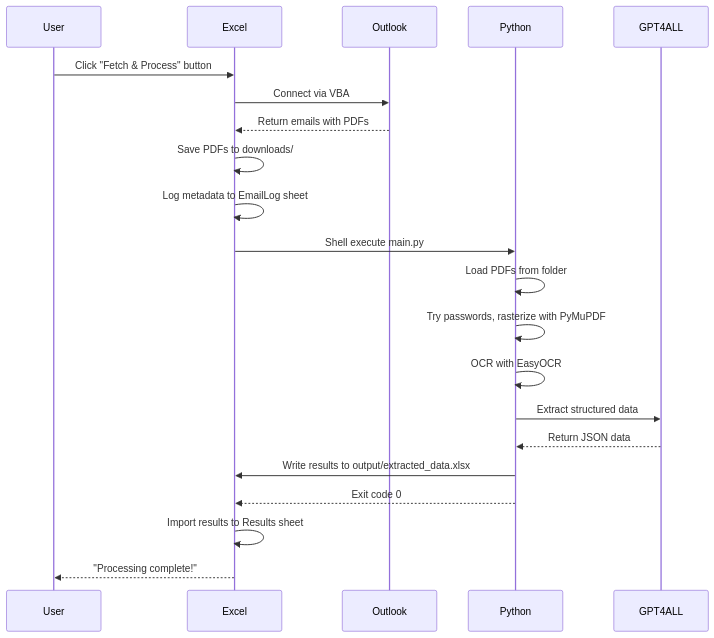
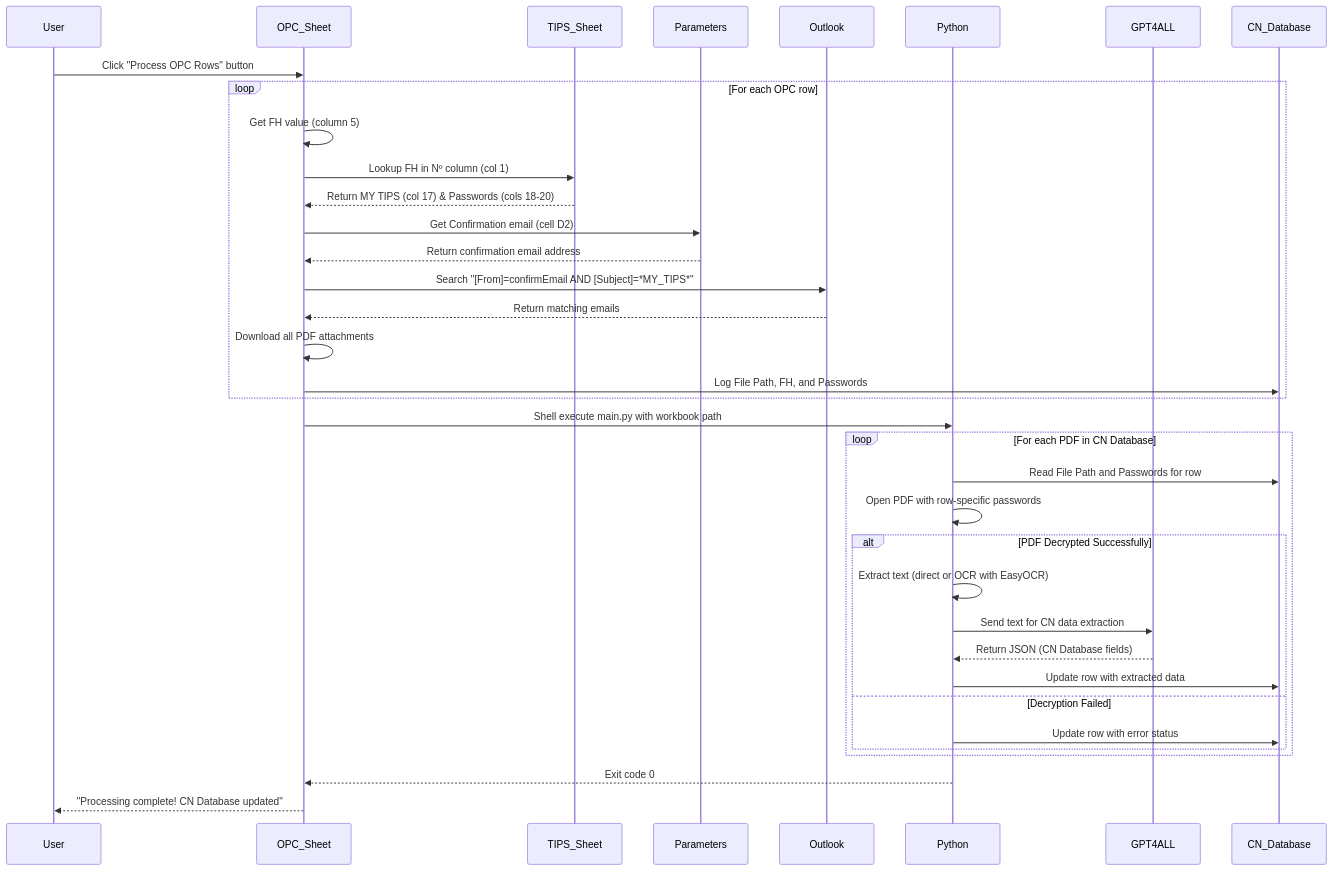
One commit to robertoriosr1998/project-robot-2 changed the second of 2 diagrams in PDF_Email_Extraction_Plan.md. Above: the diagram before and after it, drawn with Mermaid. The commit also changed other lines of this file and 15 other files, not shown here.

````diff
--- a/PDF_Email_Extraction_Plan.md
+++ b/PDF_Email_Extraction_Plan.md
@@ -521,24 +795,41 @@
 ```mermaid
 sequenceDiagram
     participant User
-    participant Excel
+    participant OPC_Sheet
+    participant TIPS_Sheet
+    participant Parameters
     participant Outlook
     participant Python
     participant GPT4ALL
+    participant CN_Database
     
-    User->>Excel: Click "Fetch & Process" button
-    Excel->>Outlook: Connect via VBA
-    Outlook-->>Excel: Return emails with PDFs
-    Excel->>Excel: Save PDFs to downloads/
-    Excel->>Excel: Log metadata to EmailLog sheet
-    Excel->>Python: Shell execute main.py
-    Python->>Python: Load PDFs from folder
-    Python->>Python: Try passwords, rasterize with PyMuPDF
-    Python->>Python: OCR with EasyOCR
-    Python->>GPT4ALL: Extract structured data
-    GPT4ALL-->>Python: Return JSON data
-    Python->>Excel: Write results to output/extracted_data.xlsx
-    Python-->>Excel: Exit code 0
-    Excel->>Excel: Import results to Results sheet
-    Excel-->>User: "Processing complete!"
+    User->>OPC_Sheet: Click "Process OPC Rows" button
+    loop For each OPC row
+        OPC_Sheet->>OPC_Sheet: Get FH value (column 5)
+        OPC_Sheet->>TIPS_Sheet: Lookup FH in Nº column (col 1)
+        TIPS_Sheet-->>OPC_Sheet: Return MY TIPS (col 17) & Passwords (cols 18-20)
+        OPC_Sheet->>Parameters: Get Confirmation email (cell D2)
+        Parameters-->>OPC_Sheet: Return confirmation email address
+        OPC_Sheet->>Outlook: Search "[From]=confirmEmail AND [Subject]=*MY_TIPS*"
+        Outlook-->>OPC_Sheet: Return matching emails
+        OPC_Sheet->>OPC_Sheet: Download all PDF attachments
+        OPC_Sheet->>CN_Database: Log File Path, FH, and Passwords
+    end
+    OPC_Sheet->>Python: Shell execute main.py with workbook path
+    
+    loop For each PDF in CN Database
+        Python->>CN_Database: Read File Path and Passwords for row
+        Python->>Python: Open PDF with row-specific passwords
+        alt PDF Decrypted Successfully
+            Python->>Python: Extract text (direct or OCR with EasyOCR)
+            Python->>GPT4ALL: Send text for CN data extraction
+            GPT4ALL-->>Python: Return JSON (CN Database fields)
+            Python->>CN_Database: Update row with extracted data
+        else Decryption Failed
+            Python->>CN_Database: Update row with error status
+        end
+    end
+    
+    Python-->>OPC_Sheet: Exit code 0
+    OPC_Sheet-->>User: "Processing complete! CN Database updated"
 ```
````
